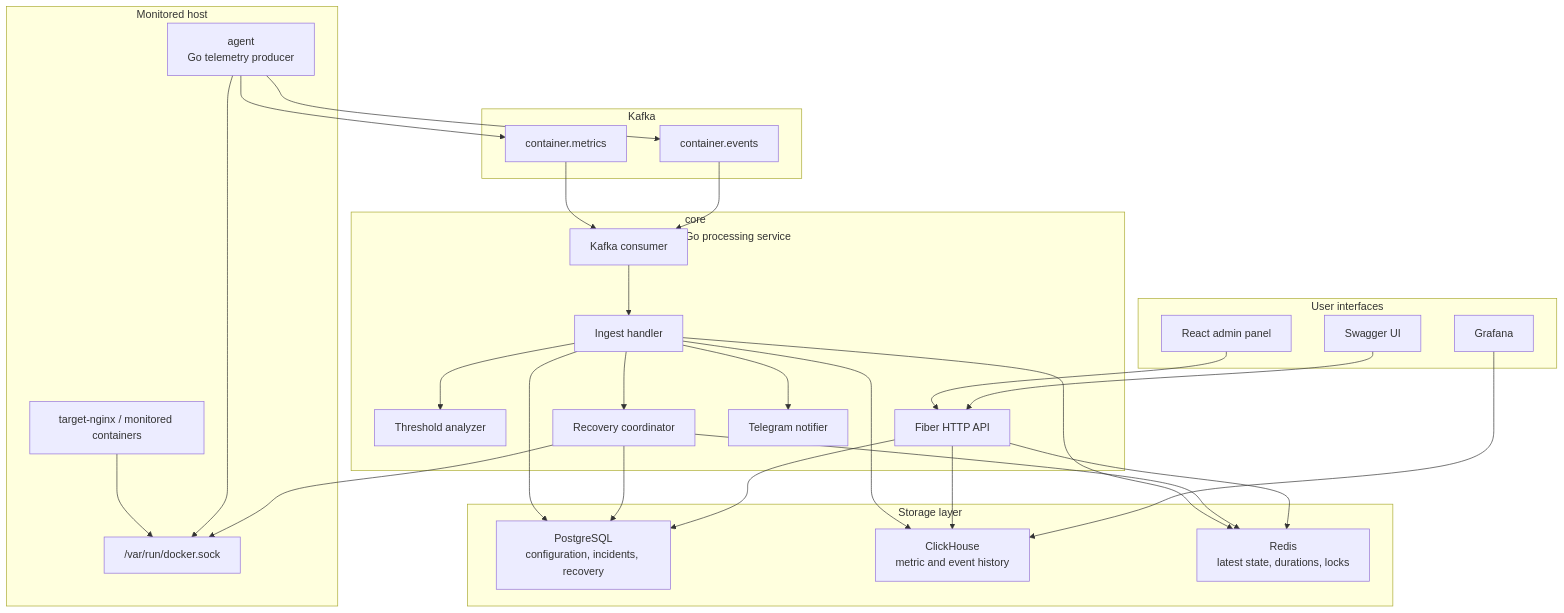
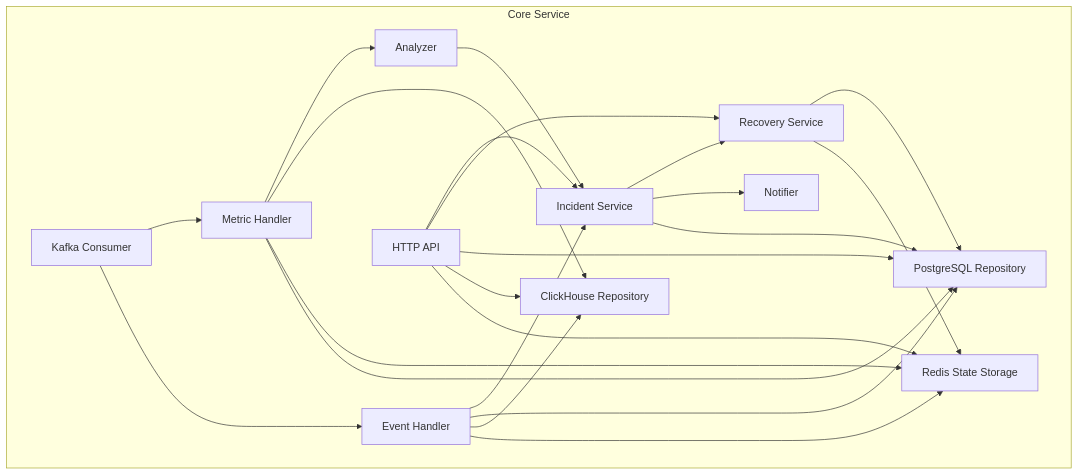
The seventh of 24 diagrams in docs/uml-diagrams.md (MTXIK/container-monitoring), drawn with Mermaid before and after one commit. The commit also changed other lines of this file, not shown here.

Commit message:
add diagrams

````diff
--- a/docs/uml-diagrams.md
+++ b/docs/uml-diagrams.md
@@ -37,57 +171,38 @@
 ```mermaid
 flowchart TB
-    subgraph RuntimeNode["Monitored host"]
-        DockerSocket["/var/run/docker.sock"]
-        Target["target-nginx / monitored containers"]
-        Agent["agent\nGo telemetry producer"]
+    subgraph Core["Core Service"]
+        Consumer["Kafka Consumer"]
+        MetricHandler["Metric Handler"]
+        EventHandler["Event Handler"]
+        Analyzer["Analyzer"]
+        IncidentService["Incident Service"]
+        RecoveryService["Recovery Service"]
+        Notifier["Notifier"]
+        HTTPAPI["HTTP API"]
+        PostgresRepo["PostgreSQL Repository"]
+        ClickHouseRepo["ClickHouse Repository"]
+        RedisState["Redis State Storage"]
     end
 
-    subgraph MessageBus["Kafka"]
-        MetricsTopic["container.metrics"]
-        EventsTopic["container.events"]
-    end
-
-    subgraph CoreService["core\nGo processing service"]
-        Consumer["Kafka consumer"]
-        Ingest["Ingest handler"]
-        Analyzer["Threshold analyzer"]
-        Recovery["Recovery coordinator"]
-        HTTP["Fiber HTTP API"]
-        Notifier["Telegram notifier"]
-    end
-
-    subgraph Storage["Storage layer"]
-        Postgres["PostgreSQL\nconfiguration, incidents, recovery"]
-        ClickHouse["ClickHouse\nmetric and event history"]
-        Redis["Redis\nlatest state, durations, locks"]
-    end
-
-    subgraph UI["User interfaces"]
-        Frontend["React admin panel"]
-        Swagger["Swagger UI"]
-        Grafana["Grafana"]
-    end
-
-    Target --> DockerSocket
-    Agent --> DockerSocket
-    Agent --> MetricsTopic
-    Agent --> EventsTopic
-    MetricsTopic --> Consumer
-    EventsTopic --> Consumer
-    Consumer --> Ingest
-    Ingest --> Analyzer
-    Ingest --> Postgres
-    Ingest --> ClickHouse
-    Ingest --> Redis
-    Ingest --> Notifier
-    Ingest --> Recovery
-    Recovery --> Redis
-    Recovery --> Postgres
-    Recovery --> DockerSocket
-    HTTP --> Postgres
-    HTTP --> ClickHouse
-    HTTP --> Redis
-    Frontend --> HTTP
-    Swagger --> HTTP
-    Grafana --> ClickHouse
+    Consumer --> MetricHandler
+    Consumer --> EventHandler
+    MetricHandler --> Analyzer
+    EventHandler --> IncidentService
+    Analyzer --> IncidentService
+    IncidentService --> RecoveryService
+    IncidentService --> Notifier
+    HTTPAPI --> IncidentService
+    HTTPAPI --> RecoveryService
+    HTTPAPI --> PostgresRepo
+    HTTPAPI --> ClickHouseRepo
+    HTTPAPI --> RedisState
+    MetricHandler --> ClickHouseRepo
+    MetricHandler --> RedisState
+    MetricHandler --> PostgresRepo
+    EventHandler --> PostgresRepo
+    EventHandler --> ClickHouseRepo
+    EventHandler --> RedisState
+    IncidentService --> PostgresRepo
+    RecoveryService --> PostgresRepo
+    RecoveryService --> RedisState
 ```
````
